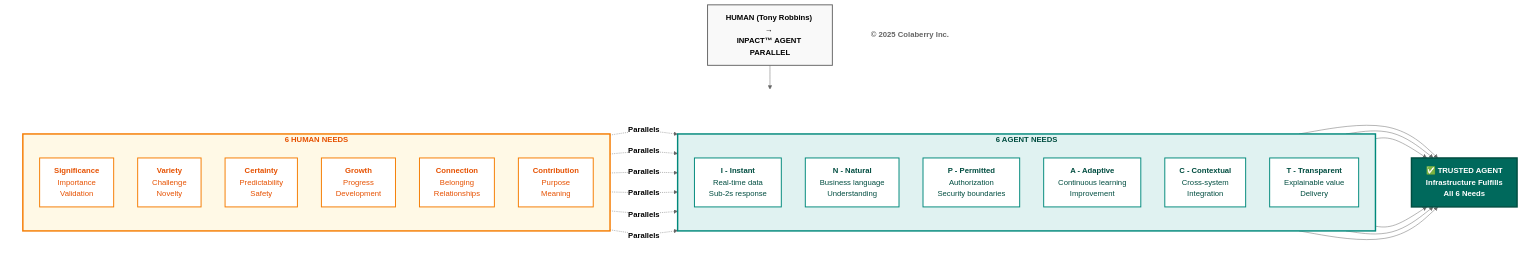
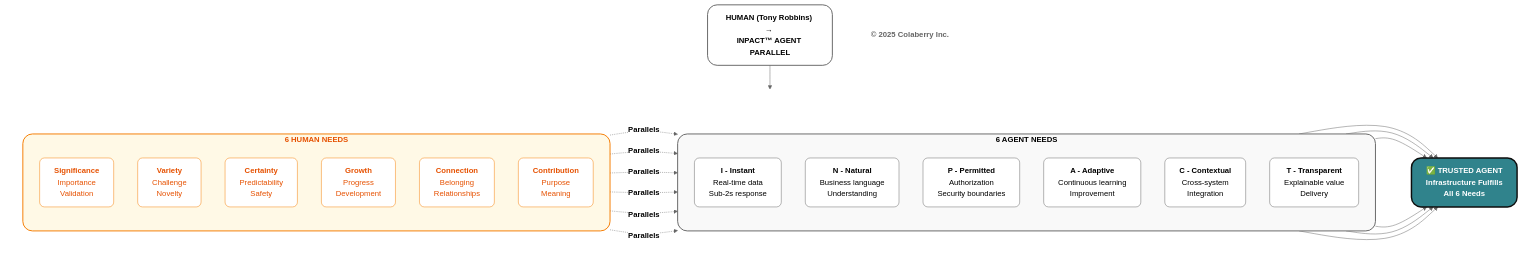
One commit to saitejesh-cyber/trust-before-intelligence-book changed the third of 12 diagrams in manuscript/03_chapter_2_inpact_framework.md. Above: the diagram before and after it, drawn with Mermaid (neutral theme). The commit also changed other lines of this file, not shown here.

Commit message:
Chapter3: Updated mermaid diagrams based on new colaberry color code

````diff
--- a/manuscript/03_chapter_2_inpact_framework.md
+++ b/manuscript/03_chapter_2_inpact_framework.md
@@ -131,72 +131,77 @@
 ```mermaid
 graph TB
     TITLE["<b>HUMAN (Tony Robbins) → <br/>INPACT™ AGENT PARALLEL</b>"]
     
     TITLE --> ROW
     
     subgraph ROW[" "]
         direction LR
         
         subgraph HUMAN["<b>6 HUMAN NEEDS </b>"]
             direction TB
             H1["<b>Significance</b><br/>Importance<br/>Validation"]
             H2["<b>Variety</b><br/>Challenge<br/>Novelty"]
             H3["<b>Certainty</b><br/>Predictability<br/>Safety"]
             H4["<b>Growth</b><br/>Progress<br/>Development"]
             H5["<b>Connection</b><br/>Belonging<br/>Relationships"]
             H6["<b>Contribution</b><br/>Purpose<br/>Meaning"]
         end
         
         subgraph AGENT["<b>6 AGENT NEEDS</b>"]
             direction TB
             A1["<b>I - Instant</b><br/>Real-time data<br/>Sub-2s response"]
             A2["<b>N - Natural</b><br/>Business language<br/>Understanding"]
             A3["<b>P - Permitted</b><br/>Authorization<br/>Security boundaries"]
             A4["<b>A - Adaptive</b><br/>Continuous learning<br/>Improvement"]
             A5["<b>C - Contextual</b><br/>Cross-system<br/>Integration"]
             A6["<b>T - Transparent</b><br/>Explainable value<br/>Delivery"]
         end
         
         TRUST["<b>✅ TRUSTED AGENT</b><br/><b>Infrastructure Fulfills <br/>All 6 Needs</b>"]
         
         H1 -.->|<b>Parallels</b>| A1
         H2 -.->|<b>Parallels</b>| A2
         H3 -.->|<b>Parallels</b>| A3
         H4 -.->|<b>Parallels</b>| A4
         H5 -.->|<b>Parallels</b>| A5
         H6 -.->|<b>Parallels</b>| A6
         
         A1 --> TRUST
         A2 --> TRUST
         A3 --> TRUST
         A4 --> TRUST
         A5 --> TRUST
         A6 --> TRUST
     end
     
     COPYRIGHT["<b>© 2025 Colaberry Inc.</b>"]
     
-    style TITLE fill:#f9f9f9,stroke:#666666,stroke-width:2px,color:#000000
+    %% TITLE — NEUTRAL
+    style TITLE fill:#ffffff,stroke:#666666,stroke-width:2px,color:#000000,rx:20,ry:20
     
-    style ROW fill:#ffffff,stroke:none
+    style ROW fill:none,stroke:none
     
-    style HUMAN fill:#fff9e6,stroke:#f57c00,stroke-width:3px,color:#e65100
-    style H1 fill:#ffffff,stroke:#f57c00,stroke-width:2px,color:#e65100
-    style H2 fill:#ffffff,stroke:#f57c00,stroke-width:2px,color:#e65100
-    style H3 fill:#ffffff,stroke:#f57c00,stroke-width:2px,color:#e65100
-    style H4 fill:#ffffff,stroke:#f57c00,stroke-width:2px,color:#e65100
-    style H5 fill:#ffffff,stroke:#f57c00,stroke-width:2px,color:#e65100
-    style H6 fill:#ffffff,stroke:#f57c00,stroke-width:2px,color:#e65100
+    %% 🟠 HUMAN — ORANGE (Human motivation / pressure)
+    style HUMAN fill:#fff9e6,stroke:#f57c00,stroke-width:2px,color:#e65100,rx:20,ry:20
+    style H1 fill:#ffffff,stroke:#f57c00,stroke-width:1px,color:#e65100,rx:10,ry:10
+    style H2 fill:#ffffff,stroke:#f57c00,stroke-width:1px,color:#e65100,rx:10,ry:10
+    style H3 fill:#ffffff,stroke:#f57c00,stroke-width:1px,color:#e65100,rx:10,ry:10
+    style H4 fill:#ffffff,stroke:#f57c00,stroke-width:1px,color:#e65100,rx:10,ry:10
+    style H5 fill:#ffffff,stroke:#f57c00,stroke-width:1px,color:#e65100,rx:10,ry:10
+    style H6 fill:#ffffff,stroke:#f57c00,stroke-width:1px,color:#e65100,rx:10,ry:10
     
-    style AGENT fill:#e0f2f1,stroke:#00897b,stroke-width:3px,color:#004d40
-    style A1 fill:#ffffff,stroke:#00897b,stroke-width:2px,color:#004d40
-    style A2 fill:#ffffff,stroke:#00897b,stroke-width:2px,color:#004d40
-    style A3 fill:#ffffff,stroke:#00897b,stroke-width:2px,color:#004d40
-    style A4 fill:#ffffff,stroke:#00897b,stroke-width:2px,color:#004d40
-    style A5 fill:#ffffff,stroke:#00897b,stroke-width:2px,color:#004d40
-    style A6 fill:#ffffff,stroke:#00897b,stroke-width:2px,color:#004d40
+    %% ⚪ AGENT NEEDS — NEUTRAL (Definition / diagnostic)
+    style AGENT fill:#f9f9f9,stroke:#666666,stroke-width:2px,color:#000000,rx:20,ry:20
+    style A1 fill:#ffffff,stroke:#666666,stroke-width:1px,color:#000000,rx:10,ry:10
+    style A2 fill:#ffffff,stroke:#666666,stroke-width:1px,color:#000000,rx:10,ry:10
+    style A3 fill:#ffffff,stroke:#666666,stroke-width:1px,color:#000000,rx:10,ry:10
+    style A4 fill:#ffffff,stroke:#666666,stroke-width:1px,color:#000000,rx:10,ry:10
+    style A5 fill:#ffffff,stroke:#666666,stroke-width:1px,color:#000000,rx:10,ry:10
+    style A6 fill:#ffffff,stroke:#666666,stroke-width:1px,color:#000000,rx:10,ry:10
     
-    style TRUST fill:#00695c,color:#ffffff,stroke:#004d40,stroke-width:3px
+    %% 🟢 TRUSTED AGENT — TEAL (Outcome / proven)
+    style TRUST fill:#30838C,stroke:#0D0D0D,stroke-width:3px,color:#ffffff,rx:20,ry:20
     
-    style COPYRIGHT fill:#ffffff,stroke:none,color:#666666
+    %% FOOTER
+    style COPYRIGHT fill:none,stroke:none,color:#666666
 ```
````
